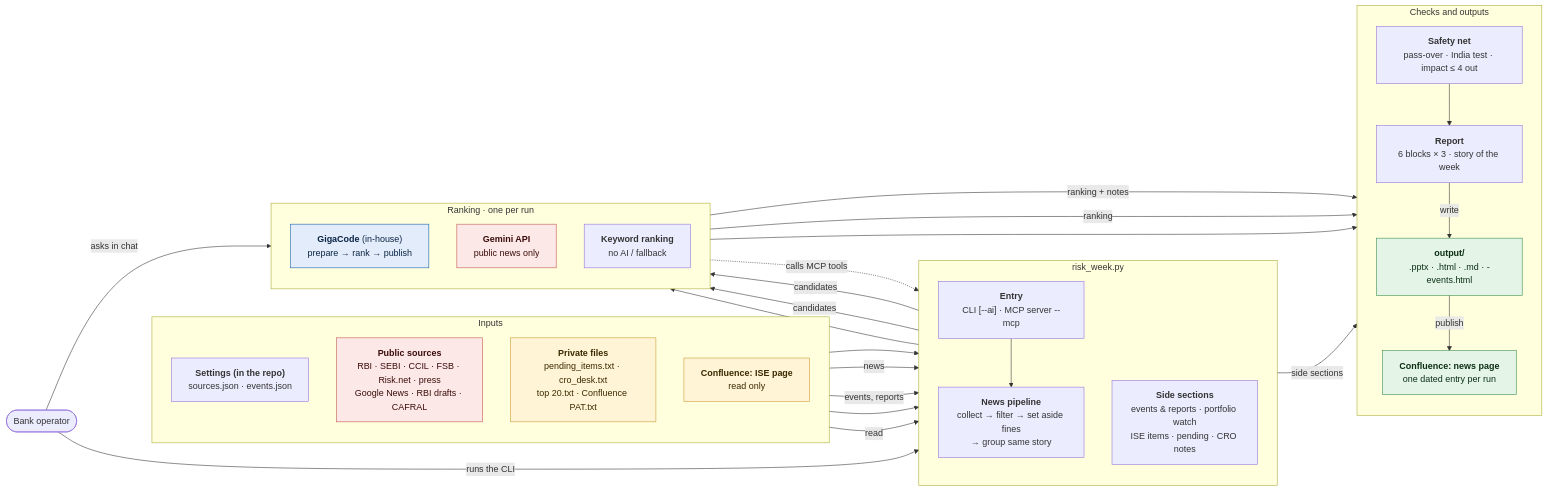
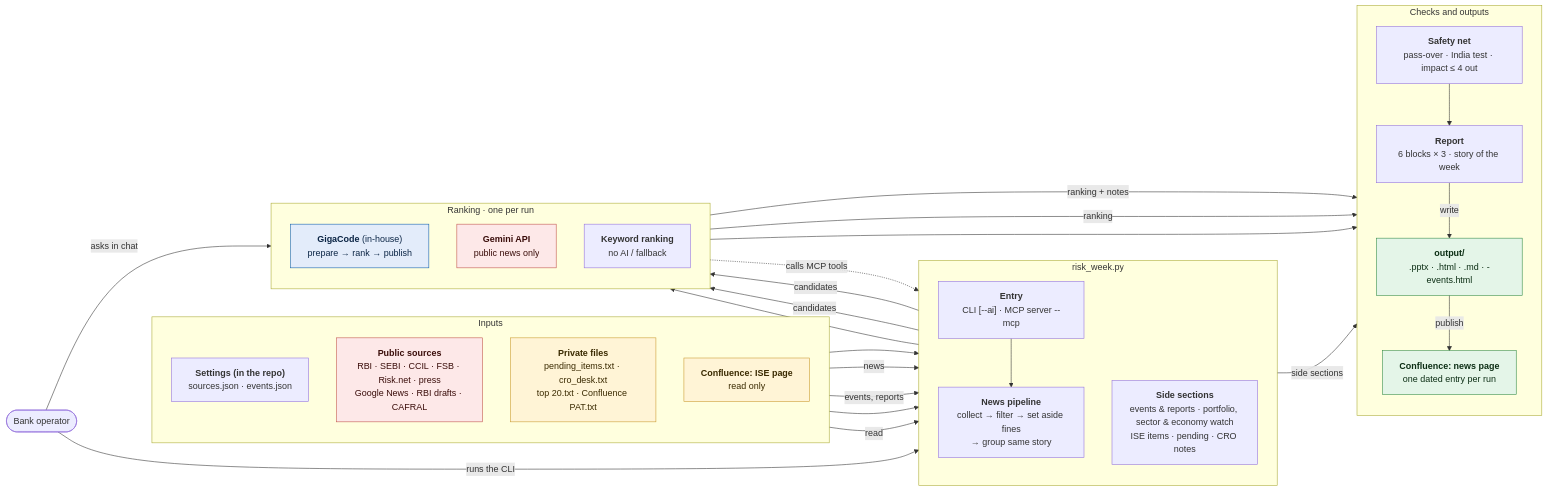
The diagram in docs/architecture.mmd (yogeshthakker/RiskThisWeek), drawn with Mermaid before and after one commit. The commit also changed 7 other files, not shown here.

First line of the commit message:
Credit portfolio watch: credit drivers, not share prices; sector and economy watch

```diff
--- a/docs/architecture.mmd
+++ b/docs/architecture.mmd
@@ -1,59 +1,59 @@
 flowchart LR
     op(["Bank operator"])
 
     subgraph IN["Inputs"]
         direction TB
         cfg["<b>Settings (in the repo)</b><br/>sources.json · events.json"]
         pub["<b>Public sources</b><br/>RBI · SEBI · CCIL · FSB · Risk.net · press<br/>Google News · RBI drafts · CAFRAL"]
         priv["<b>Private files</b><br/>pending_items.txt · cro_desk.txt<br/>top 20.txt · Confluence PAT.txt"]
         isep["<b>Confluence: ISE page</b><br/>read only"]
     end
 
     subgraph TOOL["risk_week.py"]
         direction TB
         entry["<b>Entry</b><br/>CLI [--ai] · MCP server --mcp"]
         pipe["<b>News pipeline</b><br/>collect → filter → set aside fines<br/>→ group same story"]
-        side["<b>Side sections</b><br/>events &amp; reports · portfolio watch<br/>ISE items · pending · CRO notes"]
+        side["<b>Side sections</b><br/>events &amp; reports · portfolio, sector &amp; economy watch<br/>ISE items · pending · CRO notes"]
         entry --> pipe
     end
 
     subgraph RANK["Ranking · one per run"]
         direction TB
         giga["<b>GigaCode</b> (in-house)<br/>prepare → rank → publish"]
         gem["<b>Gemini API</b><br/>public news only"]
         kw["<b>Keyword ranking</b><br/>no AI / fallback"]
     end
 
     subgraph OUT["Checks and outputs"]
         direction TB
         net["<b>Safety net</b><br/>pass-over · India test · impact ≤ 4 out"]
         rep["<b>Report</b><br/>6 blocks × 3 · story of the week"]
         files["<b>output/</b><br/>.pptx · .html · .md · -events.html"]
         newsp["<b>Confluence: news page</b><br/>one dated entry per run"]
         net --> rep -->|write| files -->|publish| newsp
     end
 
     op -->|runs the CLI| entry
     op -->|asks in chat| giga
     giga -.->|calls MCP tools| entry
     cfg --> pipe
     pub -->|news| pipe
     pub -->|events, reports| side
     priv --> side
     isep -->|read| side
     pipe -->|candidates| giga
     pipe -->|candidates| gem
     pipe --> kw
     giga -->|ranking + notes| net
     gem -->|ranking| net
     kw --> rep
     side -->|side sections| rep
 
     classDef private fill:#fff4d6,stroke:#c99a2e,color:#3a2a00
     classDef ext fill:#fde8e8,stroke:#c0504a,color:#3a0d0a
     classDef inhouse fill:#e3ecfa,stroke:#0b5cad,color:#0b2545
     classDef outc fill:#e4f5e8,stroke:#2f8a47,color:#0c2e14
     class priv,isep private
     class pub,gem ext
     class giga inhouse
     class files,newsp outc
```
